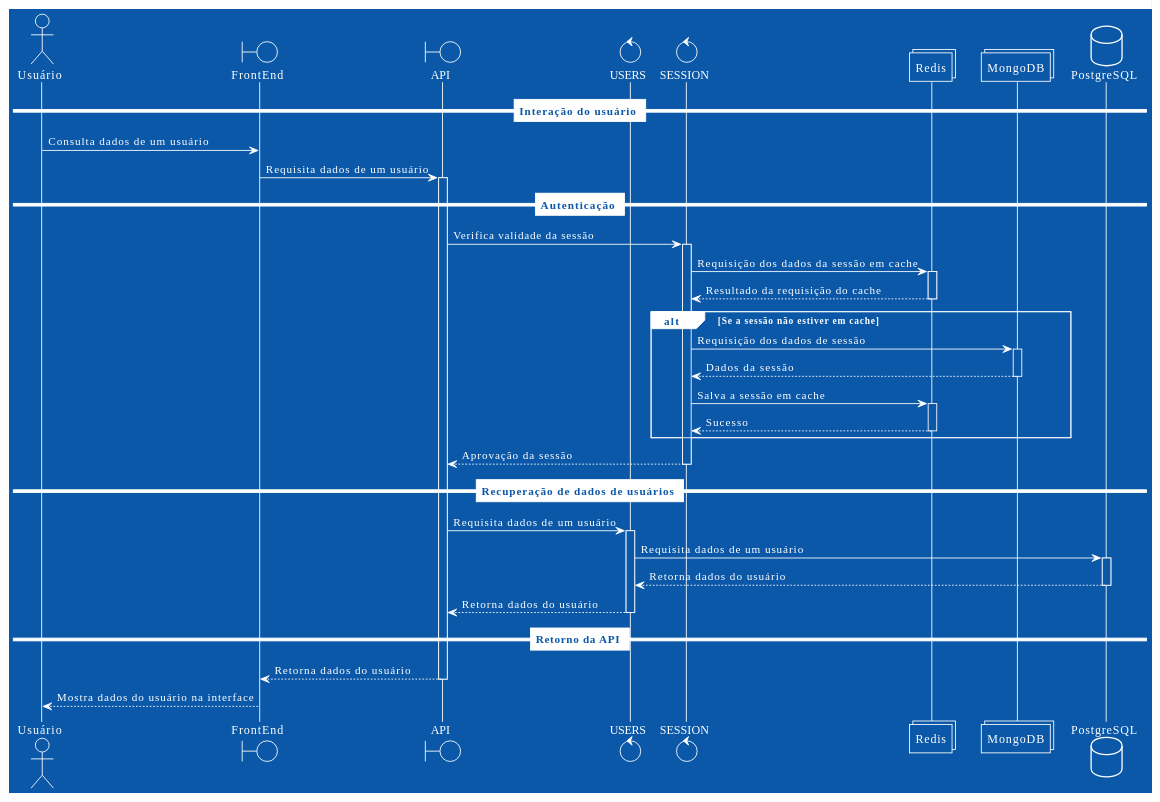
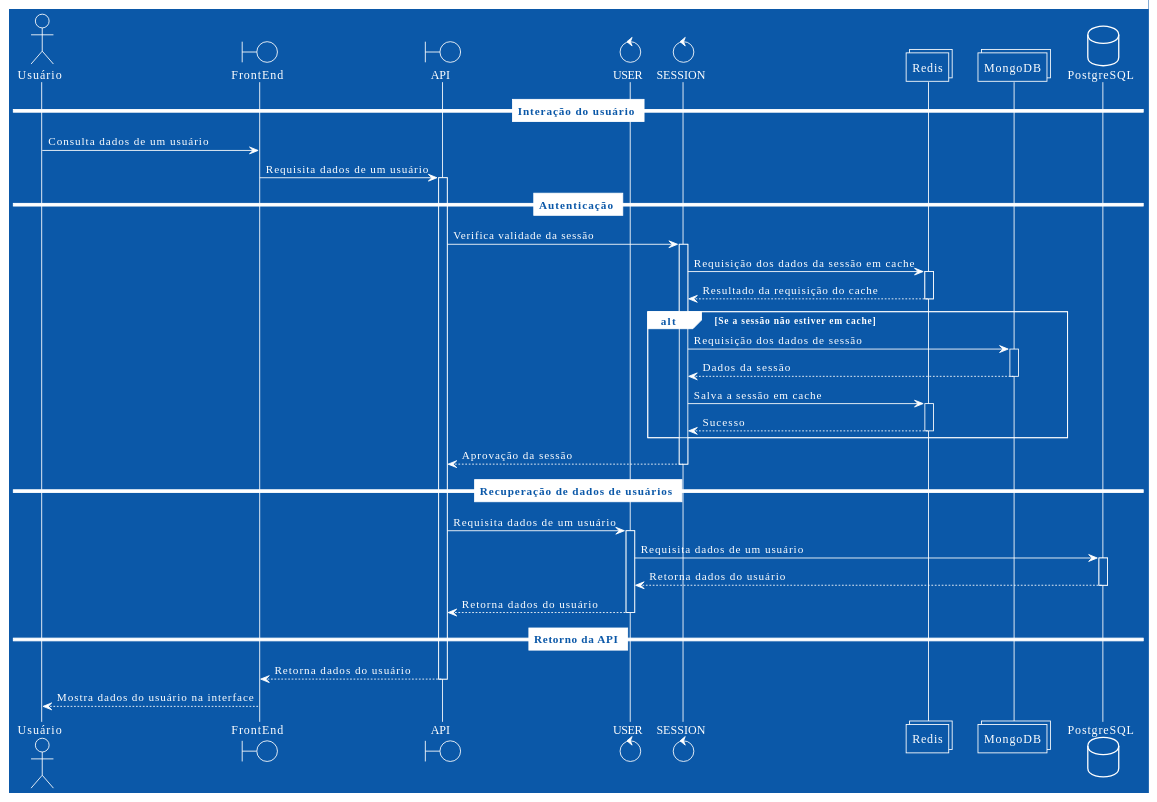
One commit to Minerva-System/minerva-system changed the diagram in docs/src/diagramas/consultar-usuarios.md. Above: the diagram before and after it, drawn with PlantUML. The commit also changed 10 other files, not shown here.

````diff
--- a/docs/src/diagramas/consultar-usuarios.md
+++ b/docs/src/diagramas/consultar-usuarios.md
@@ -5,60 +5,60 @@
 ```plantuml
 @startuml
 !theme amiga
 actor       Usuário    as ator
 boundary    FrontEnd   as frontend
 boundary    API        as api
-control     USERS      as users
+control     USER      as user
 control     SESSION    as session
 collections Redis      as redis
 collections MongoDB    as mongo
 database    PostgreSQL as postgres
 
 == Interação do usuário ==
 
 ator     ->  frontend:     Consulta dados de um usuário
 frontend ->  api:          Requisita dados de um usuário
 activate api
 
 == Autenticação ==
 
 api      ->  session:  Verifica validade da sessão
 activate session
 session  ->  redis:    Requisição dos dados da sessão em cache
 activate redis
 session  <-- redis:    Resultado da requisição do cache
 deactivate redis
 
 alt Se a sessão não estiver em cache
 	session ->  mongo: Requisição dos dados de sessão
 	activate mongo
 	session <-- mongo: Dados da sessão
 	deactivate mongo
 	session ->  redis: Salva a sessão em cache
 	activate redis
 	session <-- redis: Sucesso
 	deactivate redis
 end
 
 api   <-- session:  Aprovação da sessão
 deactivate session
 
 == Recuperação de dados de usuários ==
 
-api -> users:              Requisita dados de um usuário
-activate users
-users -> postgres:         Requisita dados de um usuário
+api -> user:              Requisita dados de um usuário
+activate user
+user -> postgres:         Requisita dados de um usuário
 activate postgres
-users <-- postgres:        Retorna dados do usuário
+user <-- postgres:        Retorna dados do usuário
 deactivate postgres
-api <-- users:             Retorna dados do usuário
-deactivate users
+api <-- user:             Retorna dados do usuário
+deactivate user
 
 == Retorno da API ==
 
 frontend <-- api:          Retorna dados do usuário
 deactivate api
 ator <-- frontend:         Mostra dados do usuário na interface
 
 @enduml
 ```
````
